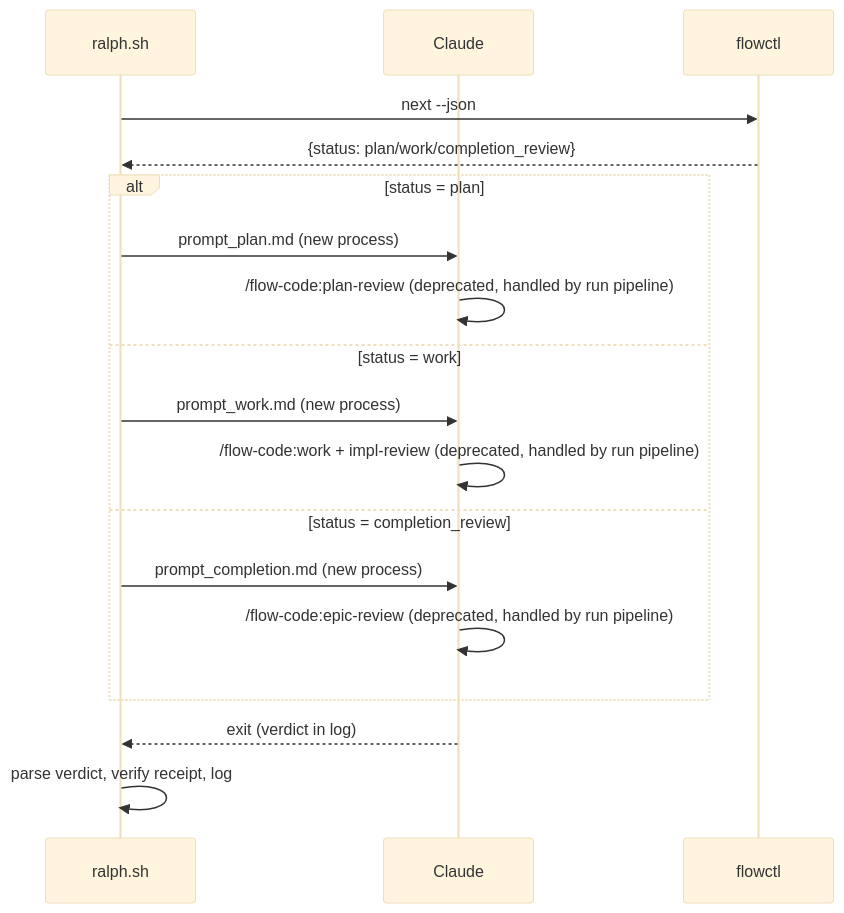
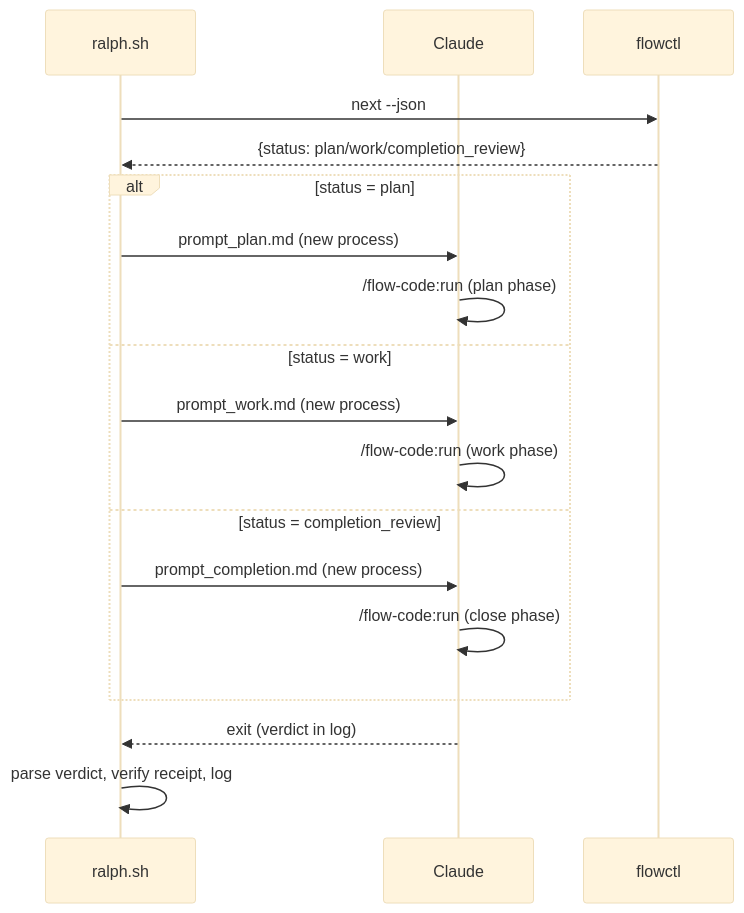
The third of 4 diagrams in docs/CODEBASE_MAP.md (z23cc/flow-code), drawn with Mermaid (base theme) before and after one commit. The commit also changed other lines of this file and 3 other files, not shown here.

````diff
--- a/docs/CODEBASE_MAP.md
+++ b/docs/CODEBASE_MAP.md
@@ -271,23 +264,23 @@
 ```mermaid
 sequenceDiagram
     participant ralph.sh
     participant Claude
     participant flowctl
 
     ralph.sh->>flowctl: next --json
     flowctl-->>ralph.sh: {status: plan/work/completion_review}
 
     alt status = plan
         ralph.sh->>Claude: prompt_plan.md (new process)
-        Claude->>Claude: /flow-code:plan-review (deprecated, handled by run pipeline)
+        Claude->>Claude: /flow-code:run (plan phase)
     else status = work
         ralph.sh->>Claude: prompt_work.md (new process)
-        Claude->>Claude: /flow-code:work + impl-review (deprecated, handled by run pipeline)
+        Claude->>Claude: /flow-code:run (work phase)
     else status = completion_review
         ralph.sh->>Claude: prompt_completion.md (new process)
-        Claude->>Claude: /flow-code:epic-review (deprecated, handled by run pipeline)
+        Claude->>Claude: /flow-code:run (close phase)
     end
 
     Claude-->>ralph.sh: exit (verdict in log)
     ralph.sh->>ralph.sh: parse verdict, verify receipt, log
 ```
````
